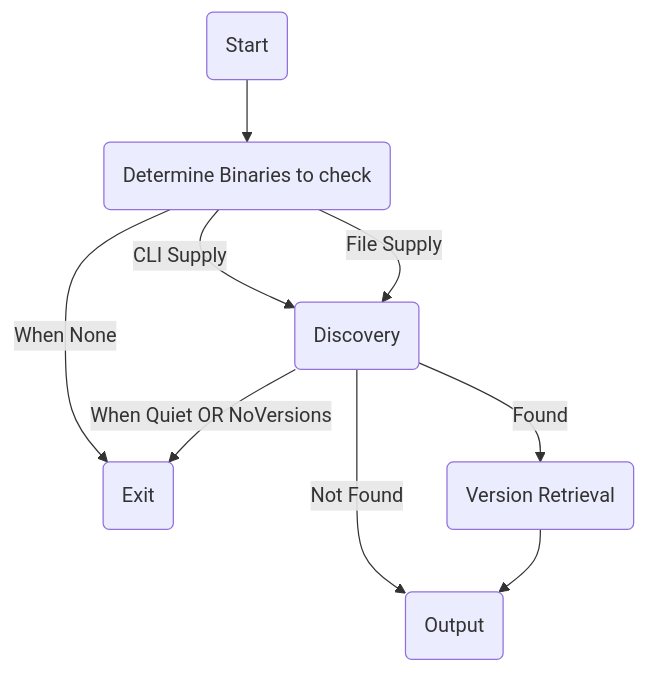
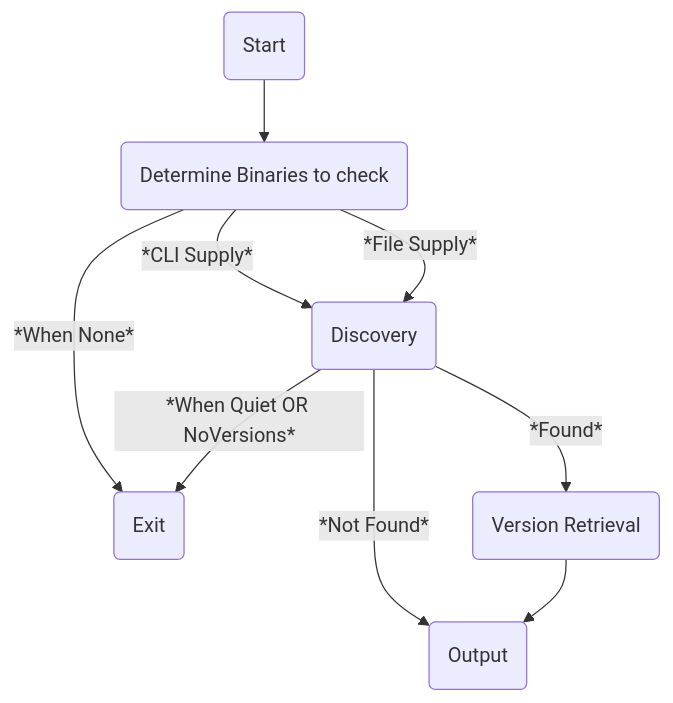
The diagram in README.md (NQMVD/needs), drawn with Mermaid before and after one commit.

````diff
--- a/README.md
+++ b/README.md
@@ -118,14 +118,14 @@
 ```mermaid
 flowchart TD
     C(Discovery)
     E(Output)
     F(Exit)
     A(Start) --> B(Determine Binaries to check)
-    B -->|CLI Supply| C
-    B -->|File Supply| C
-    B -->|When None| F
-    C -->|Found| D(Version Retrieval)
-    C -->|Not Found| E
+    B -->|*CLI Supply*| C
+    B -->|*File Supply*| C
+    B -->|*When None*| F
+    C -->|*Found*| D(Version Retrieval)
+    C -->|*Not Found*| E
     D --> E
-    C -->|When Quiet OR NoVersions| F
+    C -->|*When Quiet OR NoVersions*| F
 ```
````
